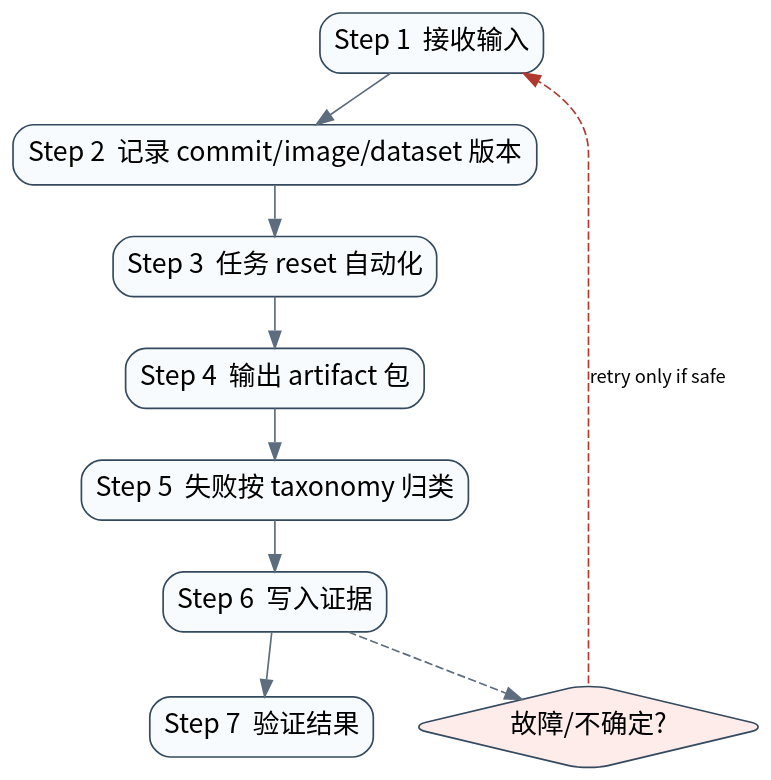
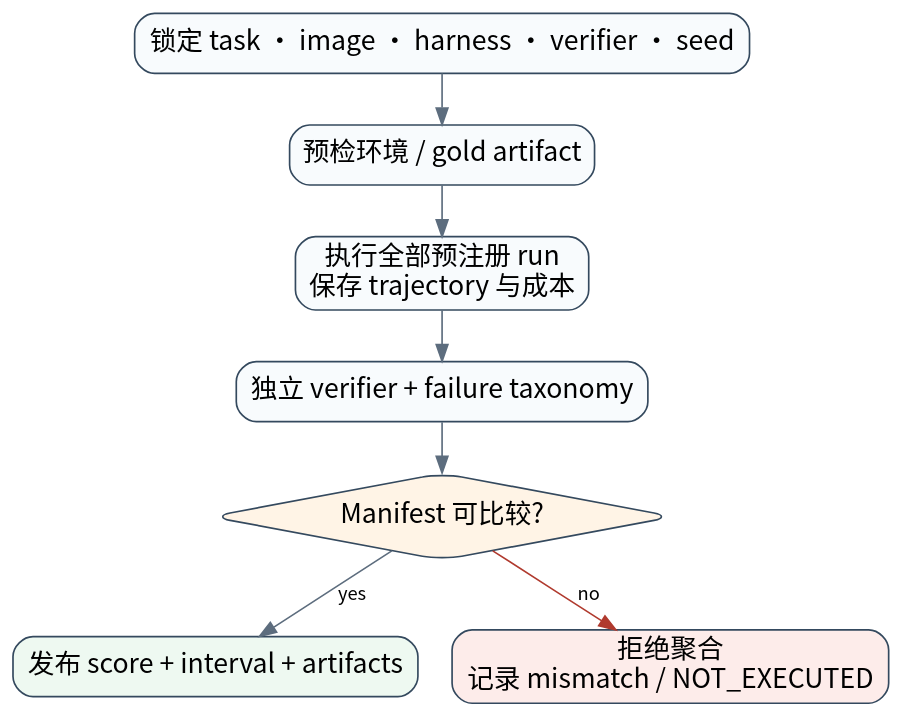
The diagram in book/assets/diagrams/30-benchmarks-flow.dot (william-lbn/aiagentsystem), drawn with Graphviz before and after one commit. The commit also changed 115 other files, not shown here.

```diff
--- a/book/assets/diagrams/30-benchmarks-flow.dot
+++ b/book/assets/diagrams/30-benchmarks-flow.dot
@@ -1,21 +1,18 @@
 digraph G {
 graph [rankdir=TB,bgcolor="transparent",pad="0.15",nodesep="0.28",ranksep="0.42"];
 node [shape=box,style="rounded,filled",fontname="Noto Sans CJK SC",fontsize=16,color="#34495e",fillcolor="#f8fbfd"];
 edge [fontname="Noto Sans CJK SC",fontsize=11,color="#5d6d7e"];
-s0 [label="Step 1  接收输入"];
-s1 [label="Step 2  记录 commit/image/dataset 版本"];
-s2 [label="Step 3  任务 reset 自动化"];
-s3 [label="Step 4  输出 artifact 包"];
-s4 [label="Step 5  失败按 taxonomy 归类"];
-s5 [label="Step 6  写入证据"];
-s6 [label="Step 7  验证结果"];
-s0->s1;
-s1->s2;
-s2->s3;
-s3->s4;
-s4->s5;
-s5->s6;
-fail [shape=diamond,label="故障/不确定?",fillcolor="#fdecea"];
-s5->fail [style=dashed];
-fail->s0 [label="retry only if safe",style=dashed,color="#b03a2e"];
+lock [label="锁定 task · image · harness · verifier · seed"];
+preflight [label="预检环境 / gold artifact"];
+execute [label="执行全部预注册 run\n保存 trajectory 与成本"];
+score [label="独立 verifier + failure taxonomy"];
+compare [shape=diamond,label="Manifest 可比较?",fillcolor="#fff4e6"];
+publish [label="发布 score + interval + artifacts",fillcolor="#eef9f1"];
+reject [label="拒绝聚合\n记录 mismatch / NOT_EXECUTED",fillcolor="#fdecea"];
+lock->preflight;
+preflight->execute;
+execute->score;
+score->compare;
+compare->publish [label="yes"];
+compare->reject [label="no",color="#b03a2e"];
 }
```
